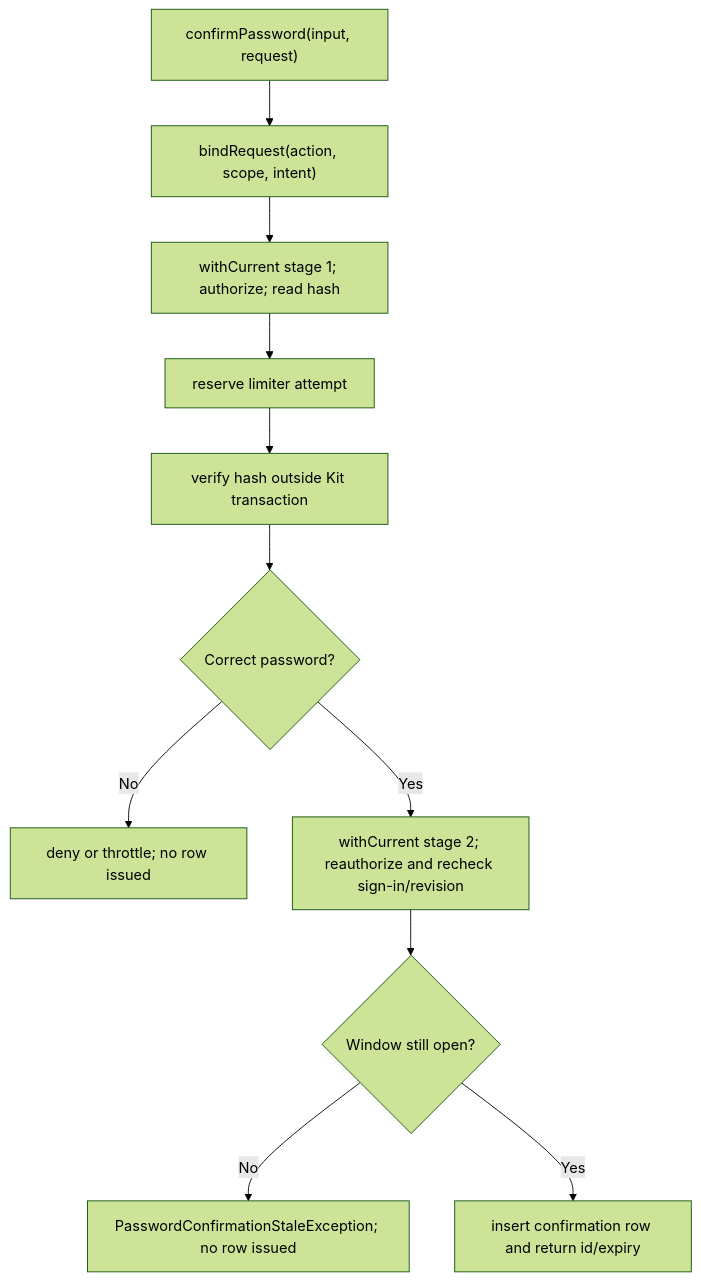
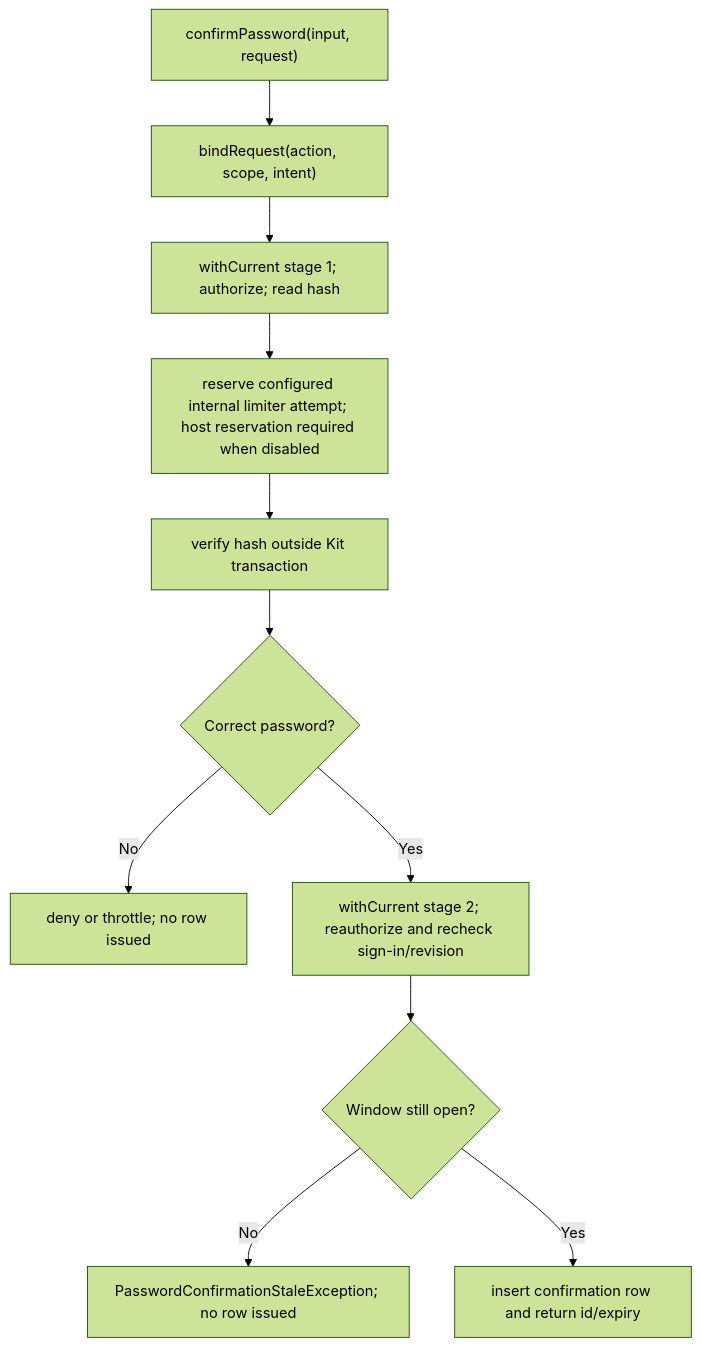
Before and after one commit to Kevinjohn/oss-adonisjs-confirm-action-with-password: the second of 2 diagrams in user-stories/US-CONFIRM-01-issue-confirmation.md, drawn with Mermaid (forest theme). The commit also changed 1 other file, not shown here.

Commit message:
docs: correct catalogue behavior and recovery flows

````diff
--- a/user-stories/US-CONFIRM-01-issue-confirmation.md
+++ b/user-stories/US-CONFIRM-01-issue-confirmation.md
@@ -36,13 +36,13 @@
 ```mermaid
 flowchart TD
     A["confirmPassword(input, request)"] --> B["bindRequest(action, scope, intent)"]
     B --> C["withCurrent stage 1; authorize; read hash"]
-    C --> D["reserve limiter attempt"]
+    C --> D["reserve configured internal limiter attempt; host reservation required when disabled"]
     D --> E["verify hash outside Kit transaction"]
     E --> F{"Correct password?"}
     F -->|No| G["deny or throttle; no row issued"]
     F -->|Yes| H["withCurrent stage 2; reauthorize and recheck sign-in/revision"]
     H --> I{"Window still open?"}
     I -->|No| J["PasswordConfirmationStaleException; no row issued"]
     I -->|Yes| K["insert confirmation row and return id/expiry"]
 ```
````
